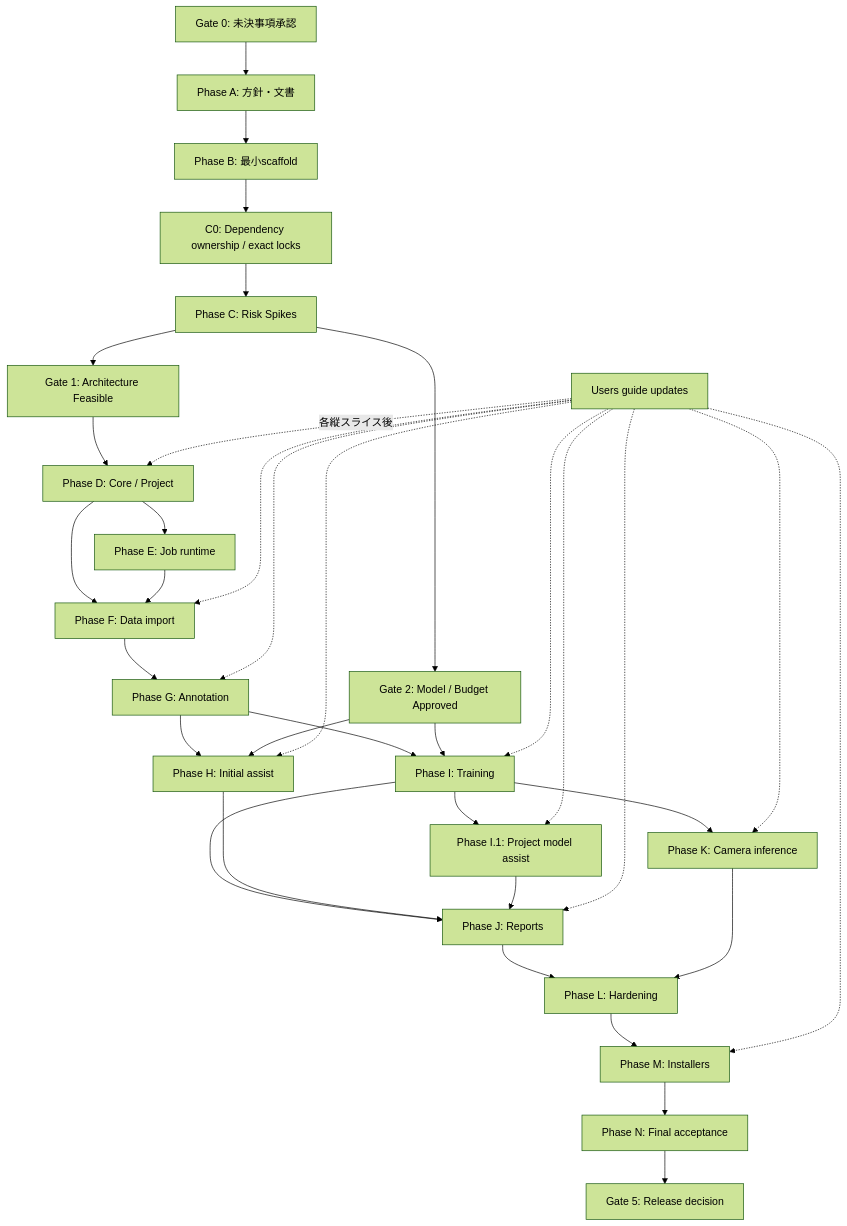
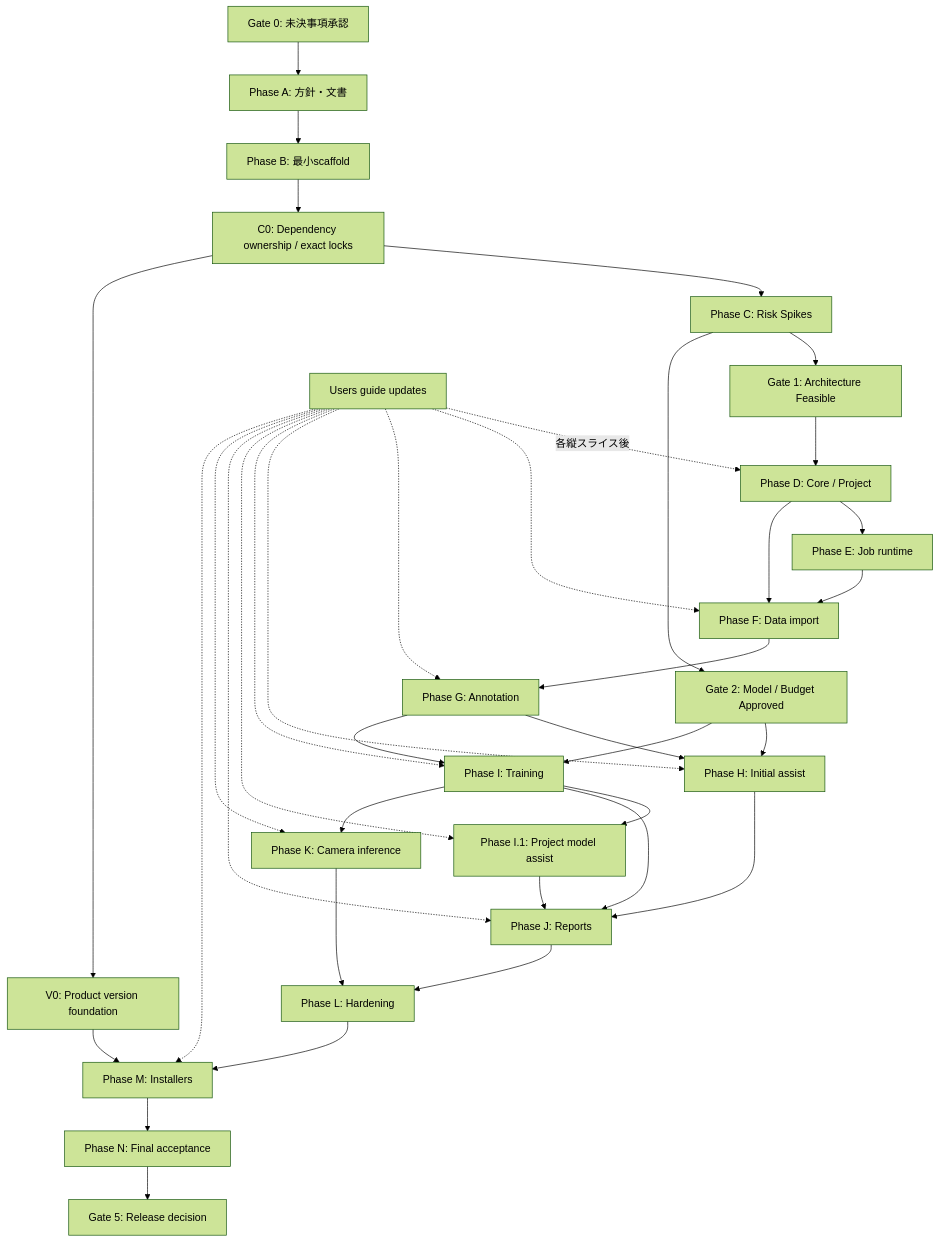
One commit to dahatake/AutoVision-Studio changed the second of 2 diagrams in docs/implementation-plan.md. Above: the diagram before and after it, drawn with Mermaid (forest theme). The commit also changed other lines of this file and 35 other files, not shown here.

````diff
--- a/docs/implementation-plan.md
+++ b/docs/implementation-plan.md
@@ -186,37 +215,39 @@
 ```mermaid
 flowchart TD
     G0[Gate 0: 未決事項承認] --> A[Phase A: 方針・文書]
     A --> B[Phase B: 最小scaffold]
     B --> C0[C0: Dependency ownership / exact locks]
     C0 --> C[Phase C: Risk Spikes]
+    C0 --> V0[V0: Product version foundation]
     C --> G1[Gate 1: Architecture Feasible]
     C --> G2[Gate 2: Model / Budget Approved]
     G1 --> D[Phase D: Core / Project]
     D --> E[Phase E: Job runtime]
     D --> F[Phase F: Data import]
     E --> F
     F --> N[Phase G: Annotation]
     N --> AS[Phase H: Initial assist]
     N --> TR[Phase I: Training]
     G2 --> AS
     G2 --> TR
     TR --> ASP[Phase I.1: Project model assist]
     TR --> RP[Phase J: Reports]
     TR --> IN[Phase K: Camera inference]
     AS --> RP
     ASP --> RP
     RP --> H[Phase L: Hardening]
     IN --> H
     H --> PK[Phase M: Installers]
+    V0 --> PK
     PK --> FIN[Phase N: Final acceptance]
     FIN --> G5[Gate 5: Release decision]
     DOC[Users guide updates] -.各縦スライス後.-> D
     DOC -.-> F
     DOC -.-> N
     DOC -.-> AS
     DOC -.-> TR
     DOC -.-> ASP
     DOC -.-> RP
     DOC -.-> IN
     DOC -.-> PK
 ```
````
